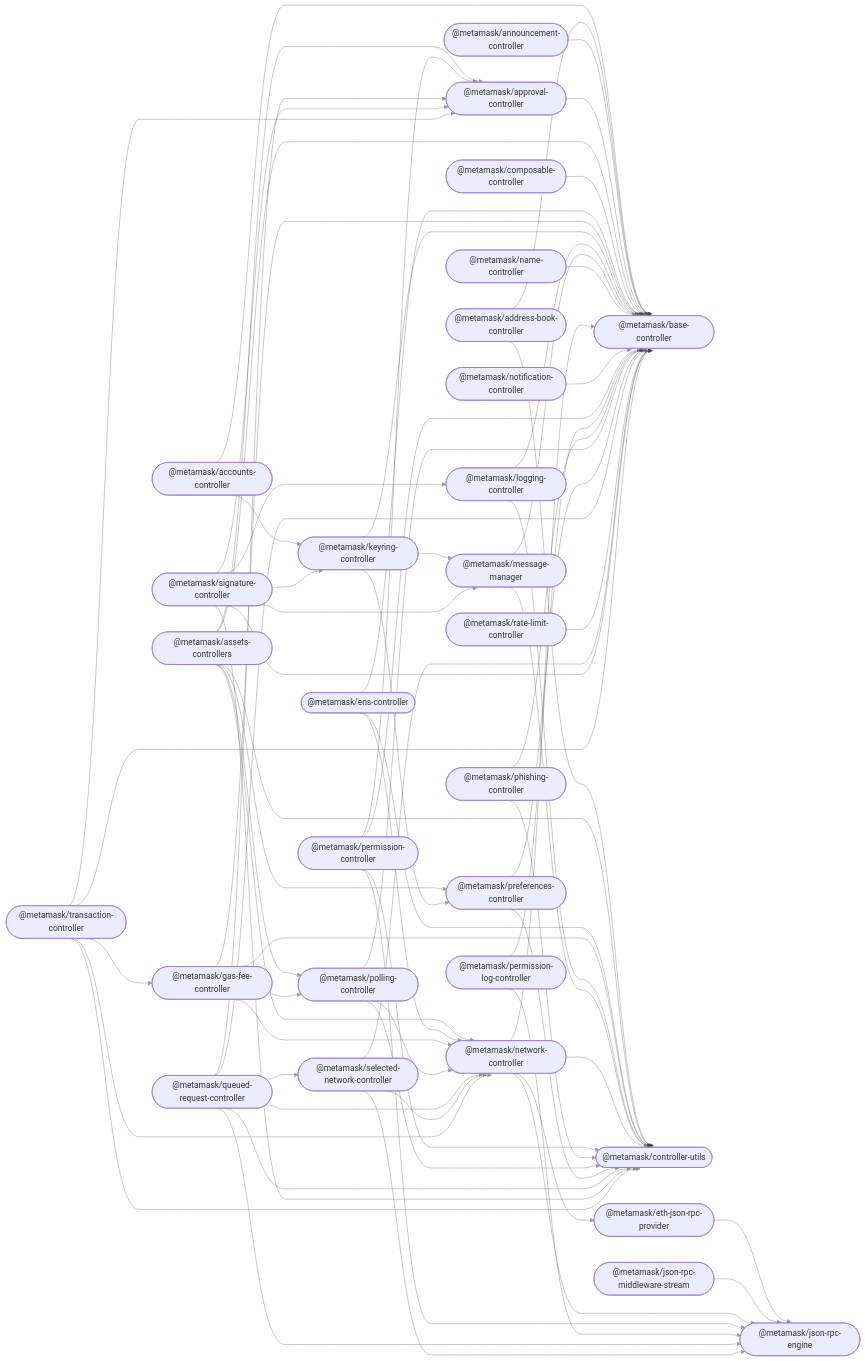
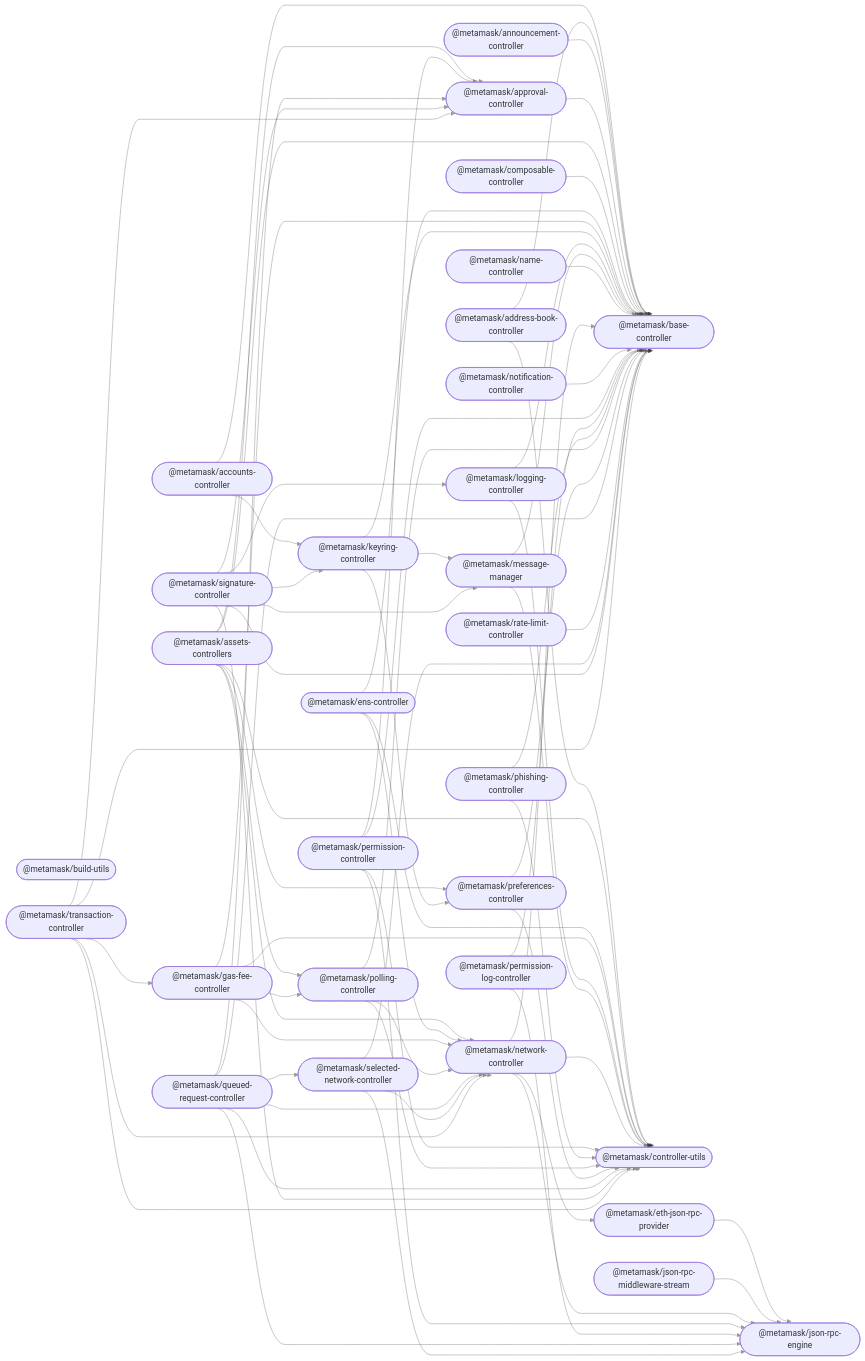
One commit to MetaMask/core changed the diagram in README.md. Above: the diagram before and after it, drawn with Mermaid. The commit also changed 17 other files, not shown here.

Commit message:
Add @metamask/build-utils package

```diff
--- a/README.md
+++ b/README.md
@@ -50,6 +50,7 @@
   approval_controller(["@metamask/approval-controller"]);
   assets_controllers(["@metamask/assets-controllers"]);
   base_controller(["@metamask/base-controller"]);
+  build_utils(["@metamask/build-utils"]);
   composable_controller(["@metamask/composable-controller"]);
   controller_utils(["@metamask/controller-utils"]);
   ens_controller(["@metamask/ens-controller"]);
@@ -134,9 +135,9 @@
   signature_controller --> approval_controller;
   signature_controller --> base_controller;
   signature_controller --> controller_utils;
+  signature_controller --> keyring_controller;
   signature_controller --> logging_controller;
   signature_controller --> message_manager;
-  signature_controller --> keyring_controller;
   transaction_controller --> approval_controller;
   transaction_controller --> base_controller;
   transaction_controller --> controller_utils;
```
